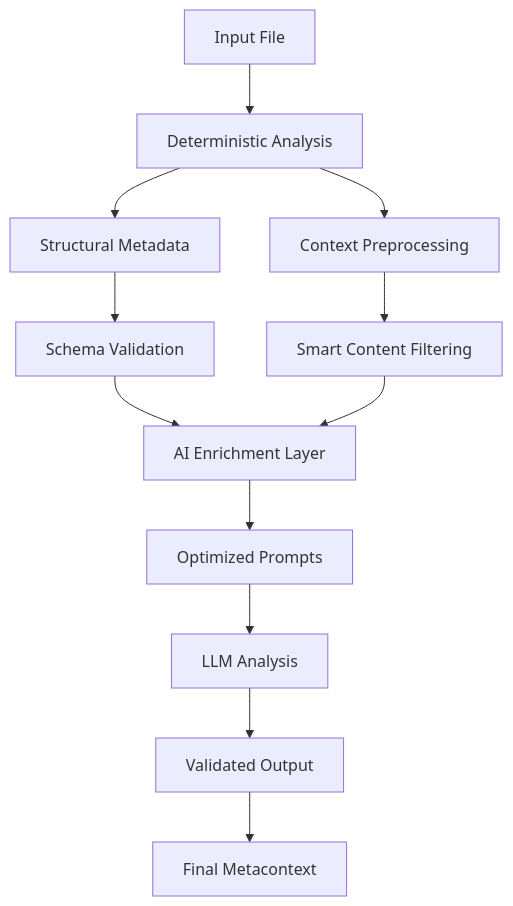
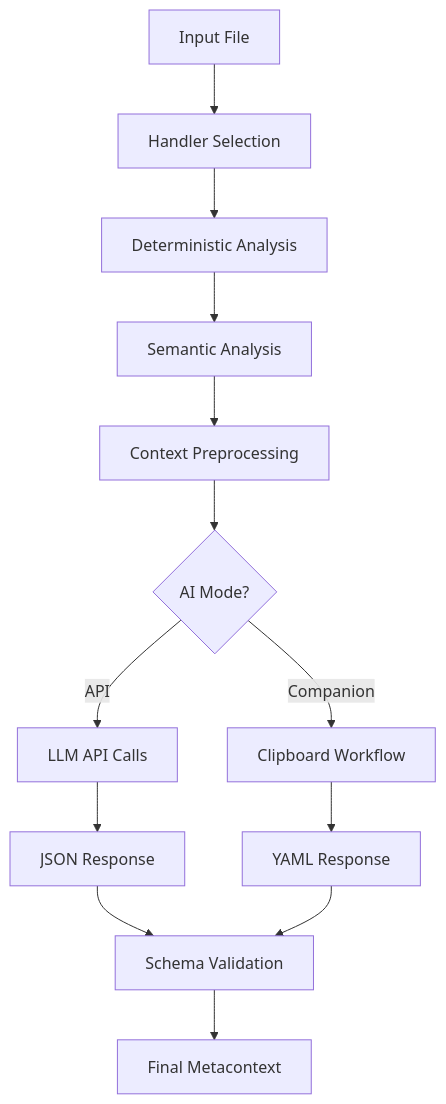
Before and after one commit to raymondpeterdorn/metacontext: the diagram in metacontext/docs/project_walkthrough.md, drawn with Mermaid. The commit also changed other lines of this file and 3 other files, not shown here.

````diff
--- a/metacontext/docs/project_walkthrough.md
+++ b/metacontext/docs/project_walkthrough.md
@@ -43,14 +44,15 @@
 ```mermaid
 graph TD
-    A[Input File] --> B[Deterministic Analysis]
-    B --> C[Structural Metadata]
-    B --> D[Context Preprocessing]
-    C --> E[Schema Validation]
-    D --> F[Smart Content Filtering]
-    E --> G[AI Enrichment Layer]
-    F --> G
-    G --> H[Optimized Prompts]
-    H --> I[LLM Analysis]
-    I --> J[Validated Output]
-    J --> K[Final Metacontext]
+    A[Input File] --> B[Handler Selection]
+    B --> C[Deterministic Analysis]
+    C --> D[Semantic Analysis]
+    D --> E[Context Preprocessing]
+    E --> F{AI Mode?}
+    F -->|API| G[LLM API Calls]
+    F -->|Companion| H[Clipboard Workflow]
+    G --> I[JSON Response]
+    H --> J[YAML Response]
+    I --> K[Schema Validation]
+    J --> K
+    K --> L[Final Metacontext]
 ```
````
